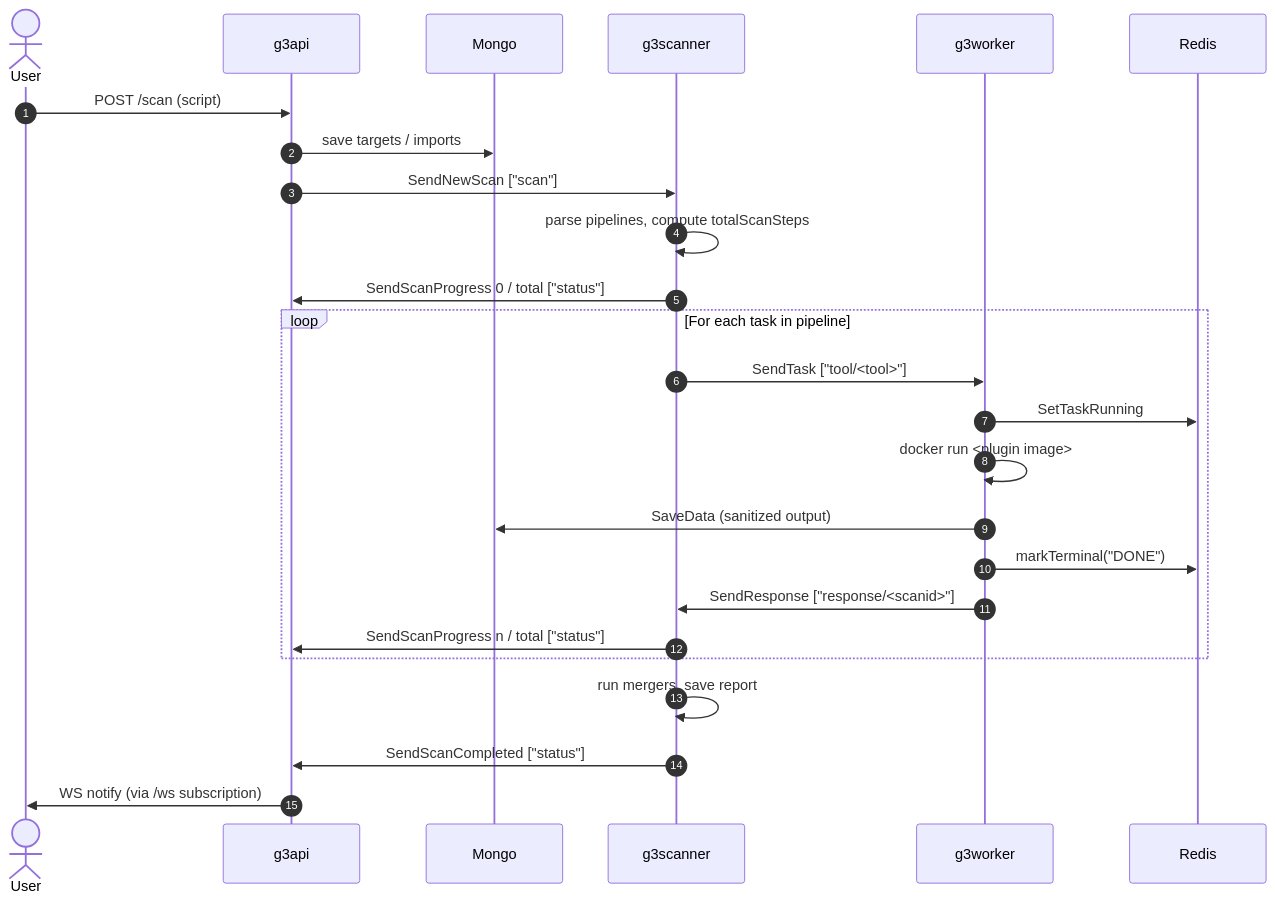
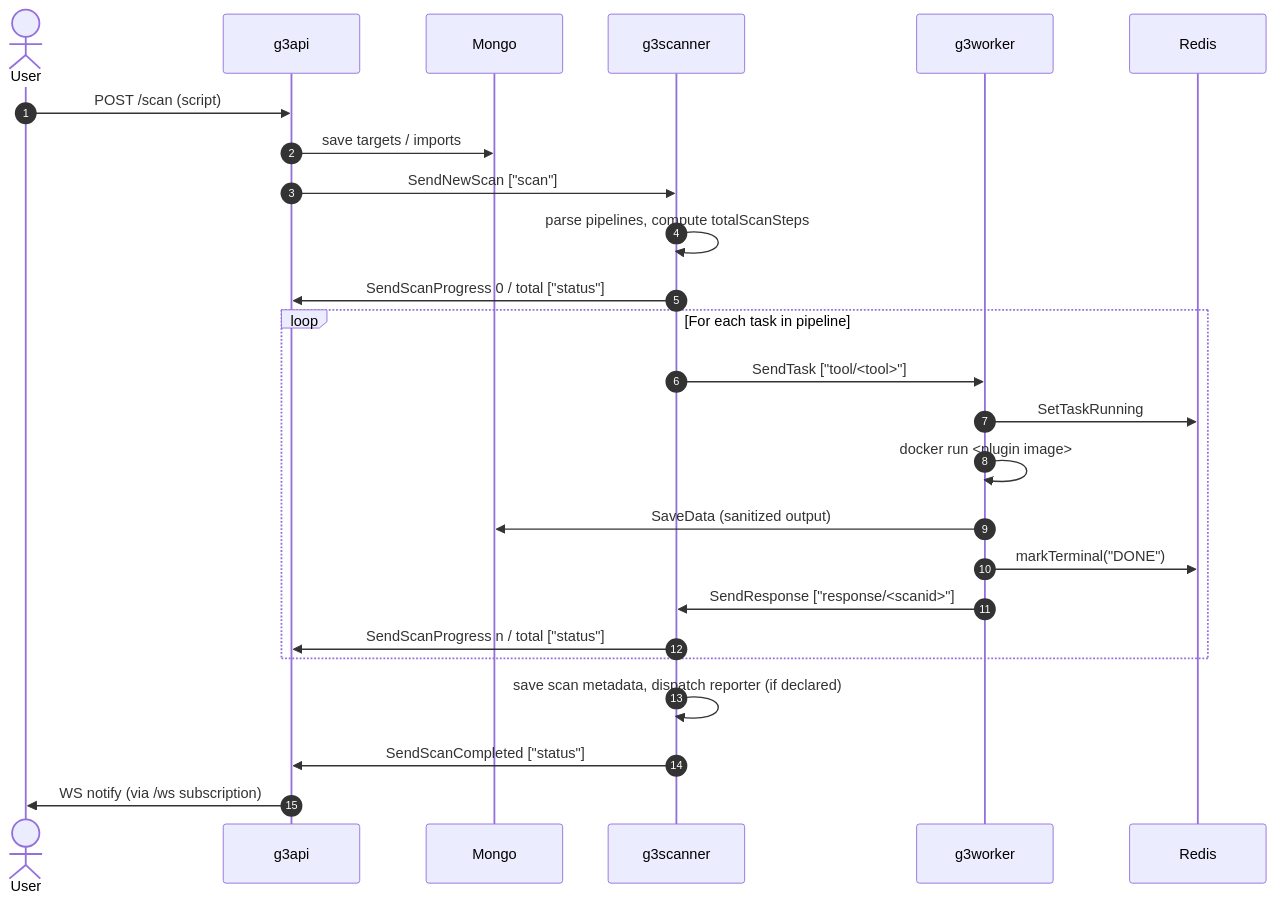
The first of 2 diagrams in docs/notes/messaging-flow.md (golismero/g3), drawn with Mermaid before and after one commit. The commit also changed 2 other files, not shown here.

Commit message:
Updated docs after purging the merge plugins.

````diff
--- a/docs/notes/messaging-flow.md
+++ b/docs/notes/messaging-flow.md
@@ -175,31 +175,31 @@
 ```mermaid
 sequenceDiagram
     autonumber
     actor User
     participant API as g3api
     participant Mongo
     participant Scanner as g3scanner
     participant Worker as g3worker
     participant Redis
 
     User->>API: POST /scan (script)
     API->>Mongo: save targets / imports
     API->>Scanner: SendNewScan ["scan"]
 
     Scanner->>Scanner: parse pipelines, compute totalScanSteps
     Scanner->>API: SendScanProgress 0 / total ["status"]
 
     loop For each task in pipeline
         Scanner->>Worker: SendTask ["tool/<tool>"]
         Worker->>Redis: SetTaskRunning
         Worker->>Worker: docker run <plugin image>
         Worker->>Mongo: SaveData (sanitized output)
         Worker->>Redis: markTerminal("DONE")
         Worker->>Scanner: SendResponse ["response/<scanid>"]
         Scanner->>API: SendScanProgress n / total ["status"]
     end
 
-    Scanner->>Scanner: run mergers, save report
+    Scanner->>Scanner: save scan metadata, dispatch reporter (if declared)
     Scanner->>API: SendScanCompleted ["status"]
     API->>User: WS notify (via /ws subscription)
 ```
````
